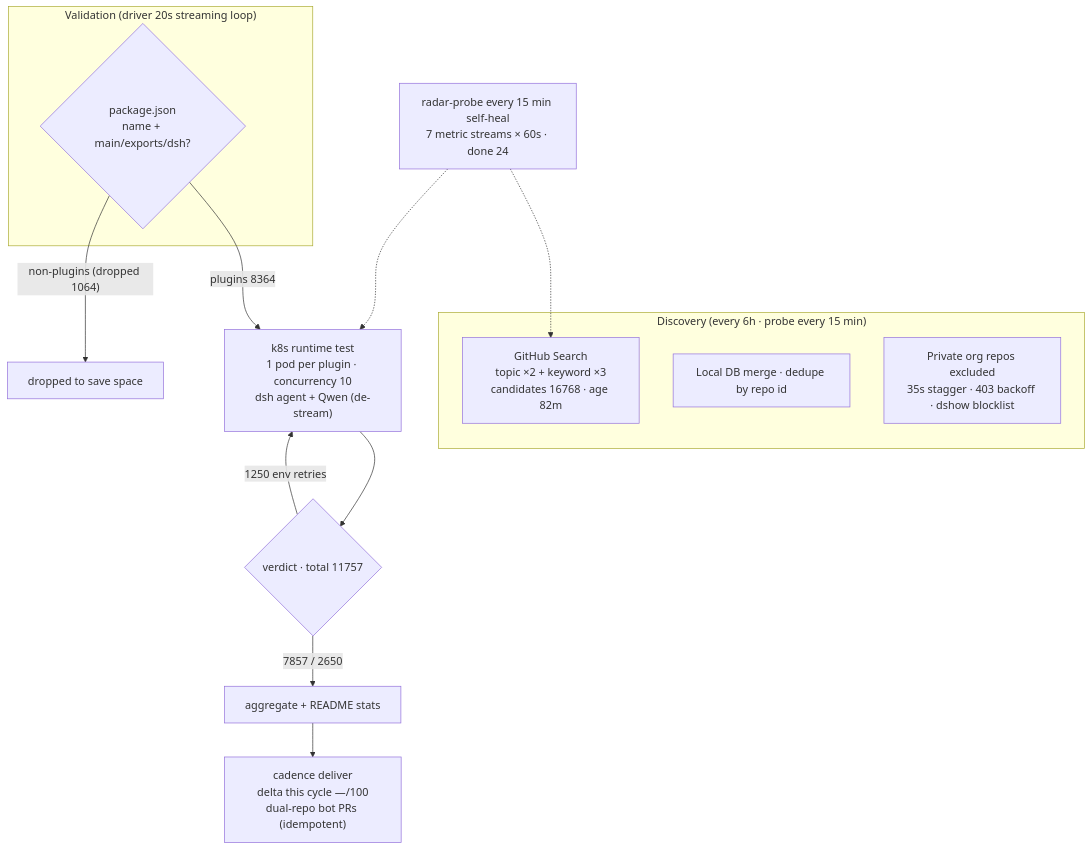
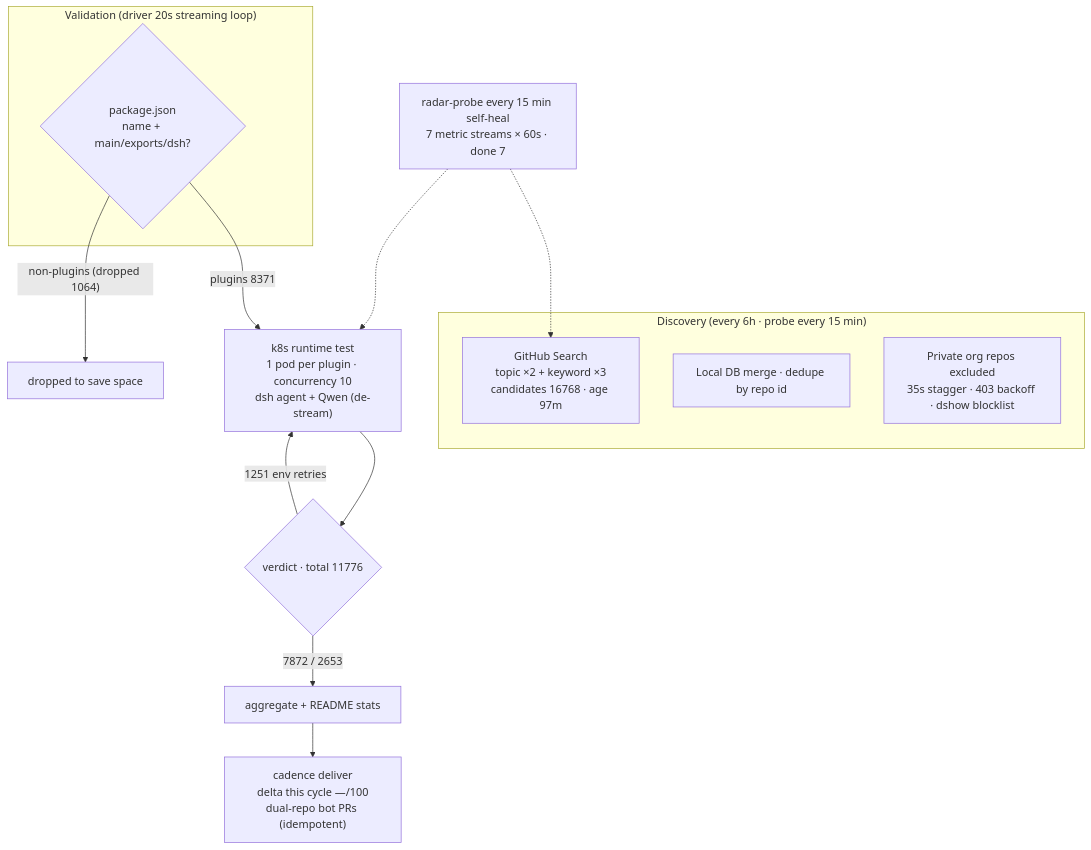
Before and after one commit to AdamPlatin123/awesome-dsh-plugins: the diagram in README.en-US.md, drawn with Mermaid. The commit also changed other lines of this file and 5 other files, not shown here.

````diff
--- a/README.en-US.md
+++ b/README.en-US.md
@@ -45,20 +45,20 @@
 ```mermaid
 flowchart TB
     subgraph Discovery["Discovery (every 6h · probe every 15 min)"]
-        A1["GitHub Search<br/>topic ×2 + keyword ×3<br/>candidates 16768 · age 82m"]
+        A1["GitHub Search<br/>topic ×2 + keyword ×3<br/>candidates 16768 · age 97m"]
         A2["Local DB merge · dedupe by repo id"]
         A3["Private org repos excluded<br/>35s stagger · 403 backoff · dshow blocklist"]
     end
     subgraph Validation["Validation (driver 20s streaming loop)"]
         B1{"package.json<br/>name + main/exports/dsh?"}
     end
-    B1 -->|"plugins 8364"| C1["k8s runtime test<br/>1 pod per plugin · concurrency 10<br/>dsh agent + Qwen (de-stream)"]
+    B1 -->|"plugins 8371"| C1["k8s runtime test<br/>1 pod per plugin · concurrency 10<br/>dsh agent + Qwen (de-stream)"]
     B1 -->|"non-plugins (dropped 1064)"| B3["dropped to save space"]
-    C1 --> D1{"verdict · total 11757"}
-    D1 -->|"7857 / 2650"| E1["aggregate + README stats"]
-    D1 -->|"1250 env retries"| C1
+    C1 --> D1{"verdict · total 11776"}
+    D1 -->|"7872 / 2653"| E1["aggregate + README stats"]
+    D1 -->|"1251 env retries"| C1
     E1 --> E2["cadence deliver<br/>delta this cycle —/100<br/>dual-repo bot PRs (idempotent)"]
-    M["radar-probe every 15 min self-heal<br/>7 metric streams × 60s · done 24"]
+    M["radar-probe every 15 min self-heal<br/>7 metric streams × 60s · done 7"]
     M -.-> A1
     M -.-> C1
 ```
````
